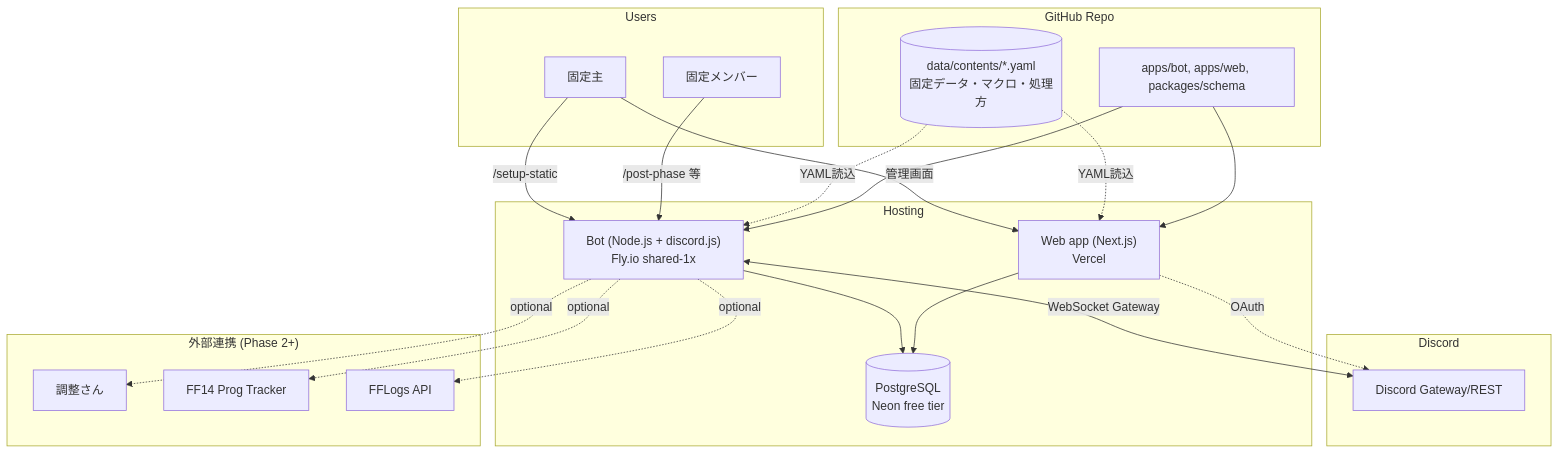
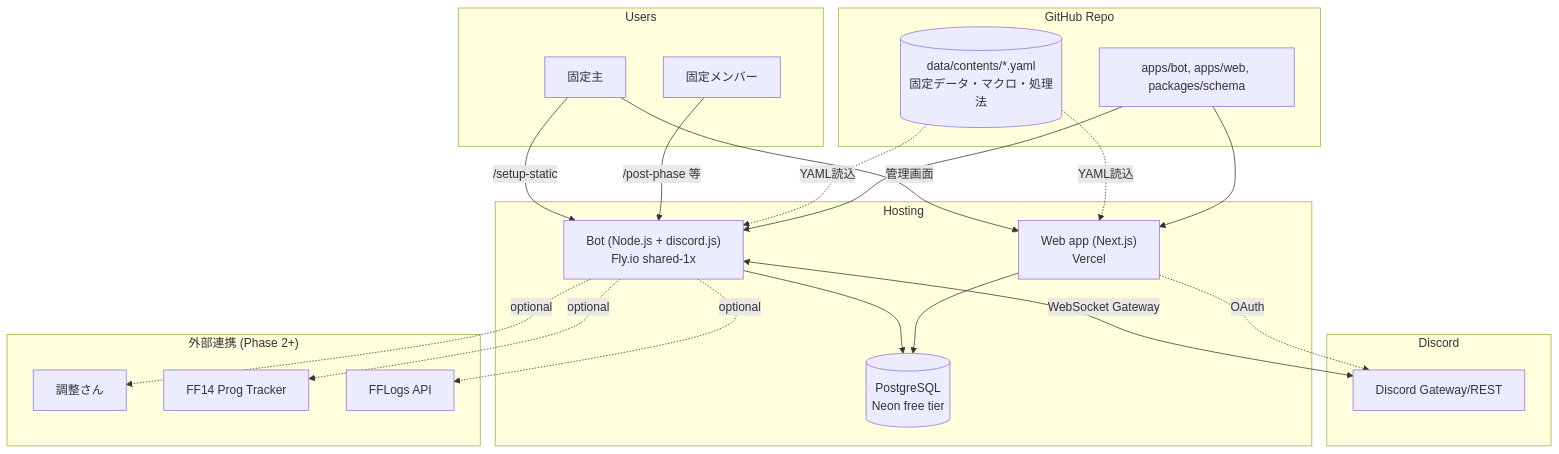
The diagram in docs/tech-stack.md (iris-uta/FF14-bot), drawn with Mermaid before and after one commit. The commit also changed other lines of this file and 29 other files, not shown here.

First line of the commit message:
feat(bot): phase channel intro を新 format に + 用語修正 (処理方→処理法)

````diff
--- a/docs/tech-stack.md
+++ b/docs/tech-stack.md
@@ -25,46 +25,46 @@
 ```mermaid
 flowchart TB
     subgraph Users
       Leader[固定主]
       Member[固定メンバー]
     end
 
     subgraph Discord
       DiscordAPI[Discord Gateway/REST]
     end
 
     subgraph Hosting
       Bot["Bot (Node.js + discord.js)<br/>Fly.io shared-1x"]
       Web["Web app (Next.js)<br/>Vercel"]
       DB[("PostgreSQL<br/>Neon free tier")]
     end
 
     subgraph Repo["GitHub Repo"]
       Code[apps/bot, apps/web, packages/schema]
-      Data[("data/contents/*.yaml<br/>固定データ・マクロ・処理方")]
+      Data[("data/contents/*.yaml<br/>固定データ・マクロ・処理法")]
     end
 
     subgraph External["外部連携 (Phase 2+)"]
       Chouseisan[調整さん]
       Vigil[FF14 Prog Tracker]
       FFLogs[FFLogs API]
     end
 
     Leader -->|/setup-static| Bot
     Member -->|/post-phase 等| Bot
     Leader -->|管理画面| Web
 
     Bot <-->|WebSocket Gateway| DiscordAPI
     Bot --> DB
     Web --> DB
     Web -.OAuth.-> DiscordAPI
 
     Data -.YAML読込.-> Bot
     Data -.YAML読込.-> Web
     Code --> Bot
     Code --> Web
 
     Bot -.optional.-> Chouseisan
     Bot -.optional.-> Vigil
     Bot -.optional.-> FFLogs
 ```
````
